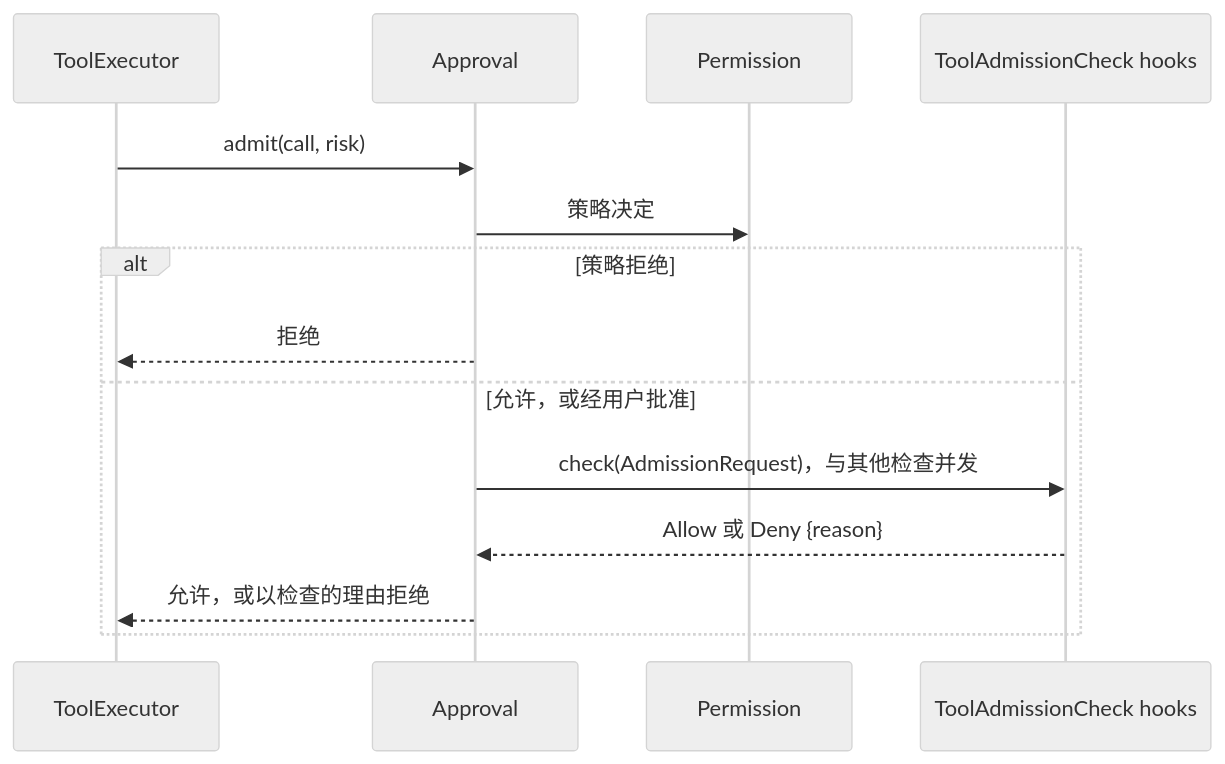
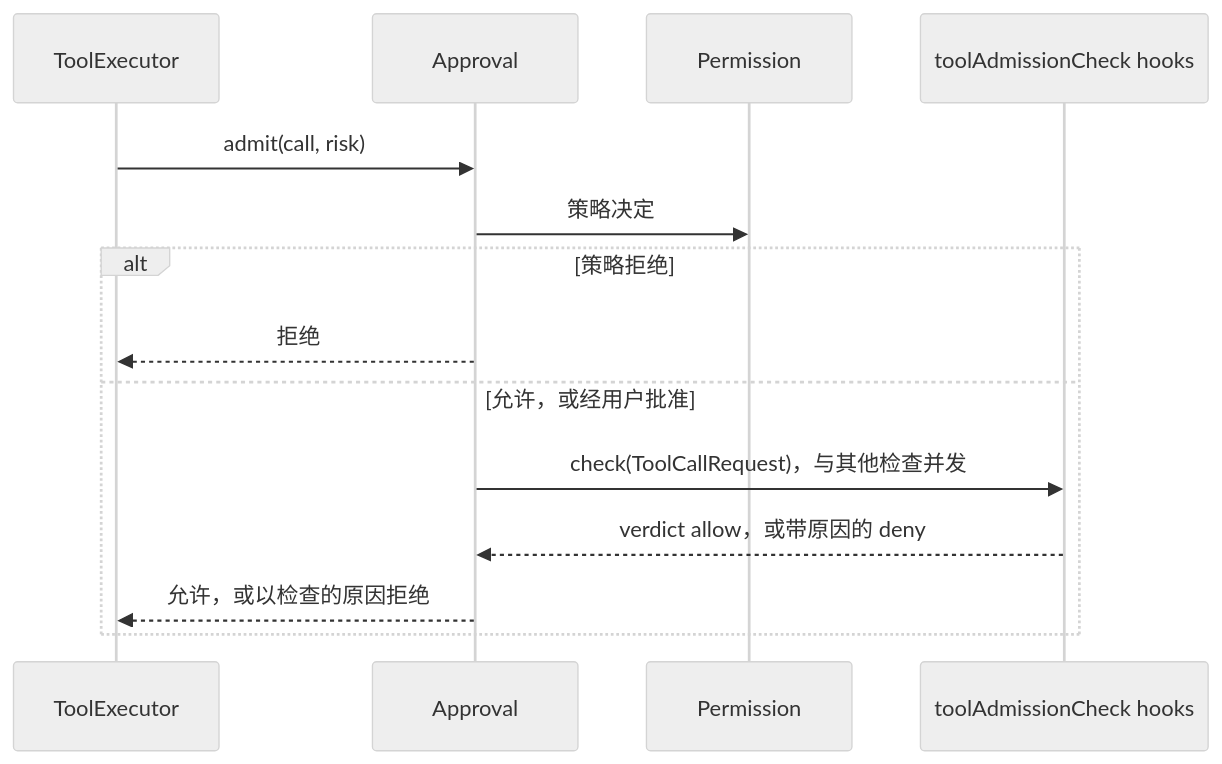
One commit to CoutinhoTTS/dim-agent changed the fourth of 5 diagrams in docs/zh/design/contracts/session-boundary.md. Above: the diagram before and after it, drawn with Mermaid (neutral theme). The commit also changed other lines of this file and 18 other files, not shown here.

````diff
--- a/docs/zh/design/contracts/session-boundary.md
+++ b/docs/zh/design/contracts/session-boundary.md
@@ -106,16 +117,16 @@
 ```mermaid
 sequenceDiagram
   participant TE as ToolExecutor
   participant AP as Approval
   participant PM as Permission
-  participant H as ToolAdmissionCheck hooks
+  participant H as toolAdmissionCheck hooks
   TE->>AP: admit(call, risk)
   AP->>PM: 策略决定
   alt 策略拒绝
     AP-->>TE: 拒绝
   else 允许，或经用户批准
-    AP->>H: check(AdmissionRequest)，与其他检查并发
-    H-->>AP: Allow 或 Deny {reason}
-    AP-->>TE: 允许，或以检查的理由拒绝
+    AP->>H: check(ToolCallRequest)，与其他检查并发
+    H-->>AP: verdict allow，或带原因的 deny
+    AP-->>TE: 允许，或以检查的原因拒绝
   end
 ```
````
